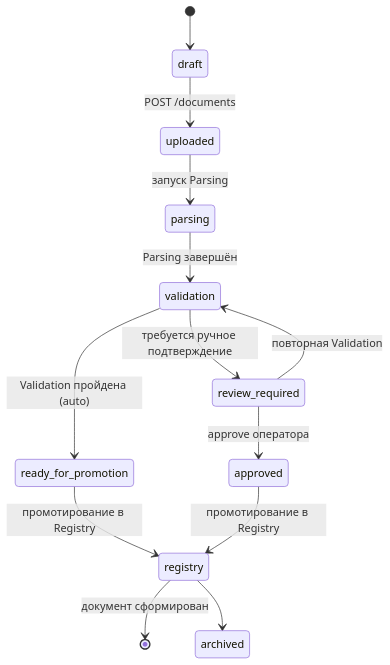
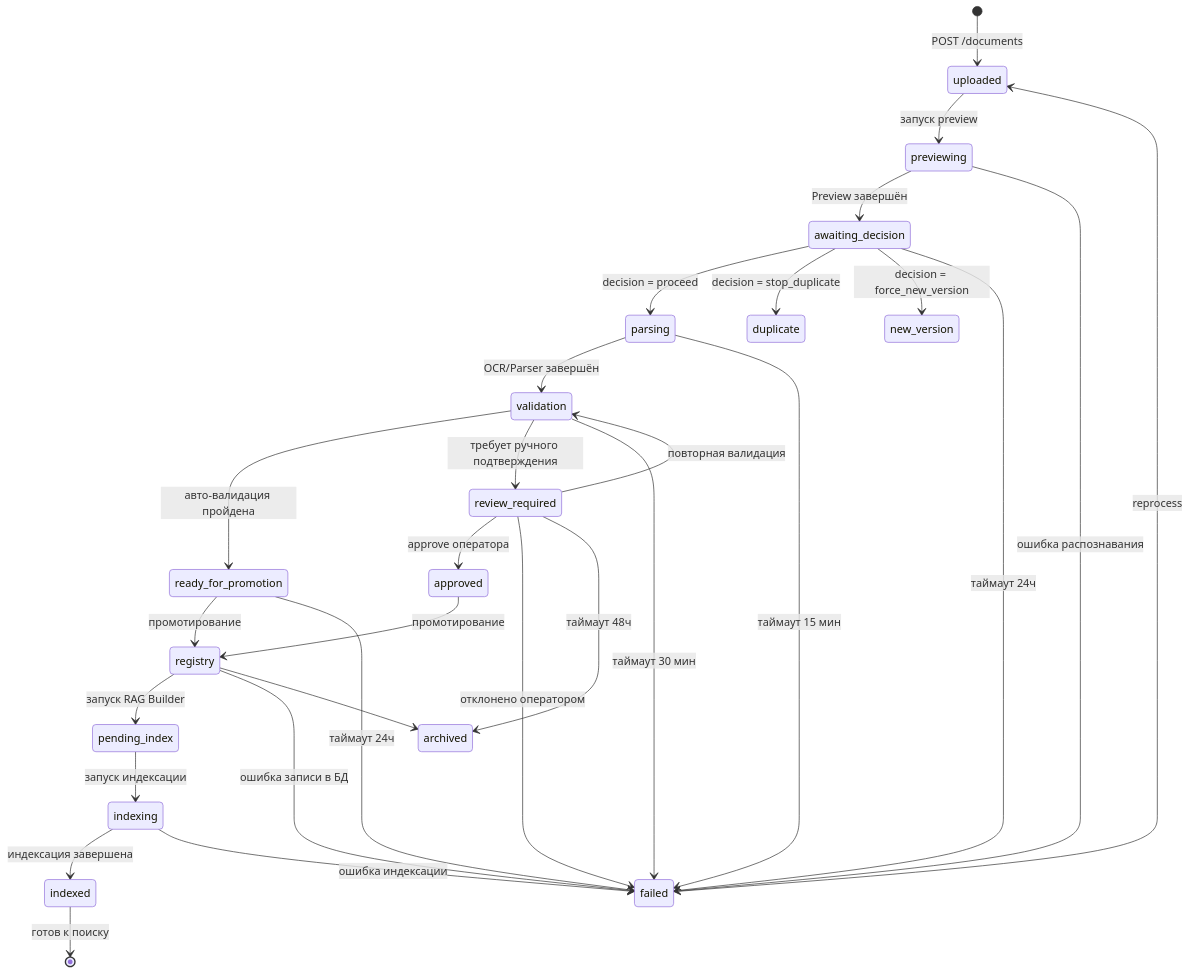
The second of 3 diagrams in backend/gateway_service/docs/pipeline1-formation.md (MasterKSAF/PKB), drawn with Mermaid before and after one commit. The commit also changed other lines of this file and 23 other files, not shown here.

````diff
--- a/backend/gateway_service/docs/pipeline1-formation.md
+++ b/backend/gateway_service/docs/pipeline1-formation.md
@@ -218,16 +230,40 @@
 ```mermaid
 stateDiagram-v2
-    [*] --> draft
-    draft --> uploaded : POST /documents
-    uploaded --> parsing : запуск Parsing
-    parsing --> validation : Parsing завершён
-    validation --> ready_for_promotion : Validation пройдена (auto)
-    validation --> review_required : требуется ручное подтверждение
-    review_required --> validation : повторная Validation
+    [*] --> uploaded : POST /documents
+    uploaded --> previewing : запуск preview
+    previewing --> awaiting_decision : Preview завершён
+    previewing --> failed : ошибка распознавания
+
+    awaiting_decision --> parsing : decision = proceed
+    awaiting_decision --> duplicate : decision = stop_duplicate
+    awaiting_decision --> new_version : decision = force_new_version
+    awaiting_decision --> failed : таймаут 24ч
+
+    parsing --> validation : OCR/Parser завершён
+    parsing --> failed : таймаут 15 мин
+
+    validation --> ready_for_promotion : авто-валидация пройдена
+    validation --> review_required : требует ручного подтверждения
+    validation --> failed : таймаут 30 мин
+
     review_required --> approved : approve оператора
-    ready_for_promotion --> registry : промотирование в Registry
-    approved --> registry : промотирование в Registry
-    
-    registry --> [*] : документ сформирован
+    review_required --> validation : повторная валидация
+    review_required --> failed : отклонено оператором
+    review_required --> archived : таймаут 48ч
+
+    ready_for_promotion --> registry : промотирование
+    ready_for_promotion --> failed : таймаут 24ч
+
+    approved --> registry : промотирование
+
+    registry --> pending_index : запуск RAG Builder
+    registry --> failed : ошибка записи в БД
     registry --> archived
+
+    pending_index --> indexing : запуск индексации
+    indexing --> indexed : индексация завершена
+    indexing --> failed : ошибка индексации
+    indexed --> [*] : готов к поиску
+
+    failed --> uploaded : reprocess
 ```
````
